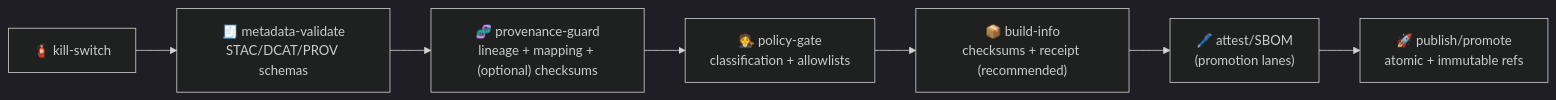
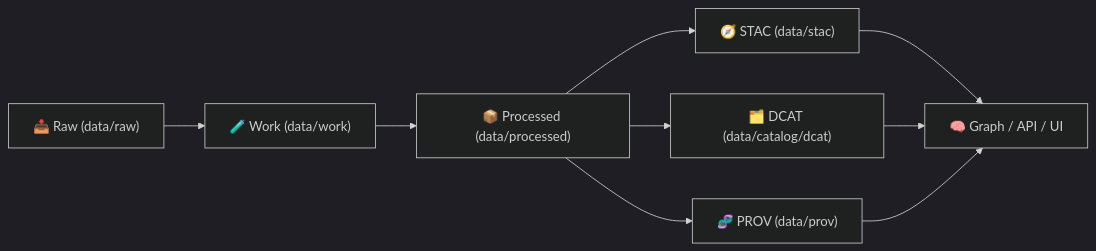
One commit to bartytime4life/Kansas-Frontier-Matrix changed the diagram in .github/actions/provenance-guard/README.md. Above: the diagram before and after it, drawn with Mermaid (dark theme). The commit also changed other lines of this file, not shown here.

First line of the commit message:
Revise README for provenance-guard action

````diff
--- a/.github/actions/provenance-guard/README.md
+++ b/.github/actions/provenance-guard/README.md
@@ -166,9 +36,10 @@
 ```mermaid
 flowchart LR
-  A["🧯 kill-switch"] --> B["🧾 metadata-validate<br/>STAC/DCAT/PROV schemas"]
-  B --> C["🧬 provenance-guard<br/>lineage + mapping + (optional) checksums"]
-  C --> D["🧑‍⚖️ policy-gate<br/>classification + allowlists"]
-  D --> E["📦 build-info<br/>checksums + receipt (recommended)"]
-  E --> F["🖊️ attest/SBOM<br/>(promotion lanes)"]
-  F --> G["🚀 publish/promote<br/>atomic + immutable refs"]
+  A["📥 Raw (data/raw)"] --> B["🧪 Work (data/work)"] --> C["📦 Processed (data/processed)"]
+  C --> S["🧭 STAC (data/stac)"]
+  C --> D["🗂️ DCAT (data/catalog/dcat)"]
+  C --> P["🧬 PROV (data/prov)"]
+  S --> G["🧠 Graph / API / UI"]
+  D --> G
+  P --> G
 ```
````
